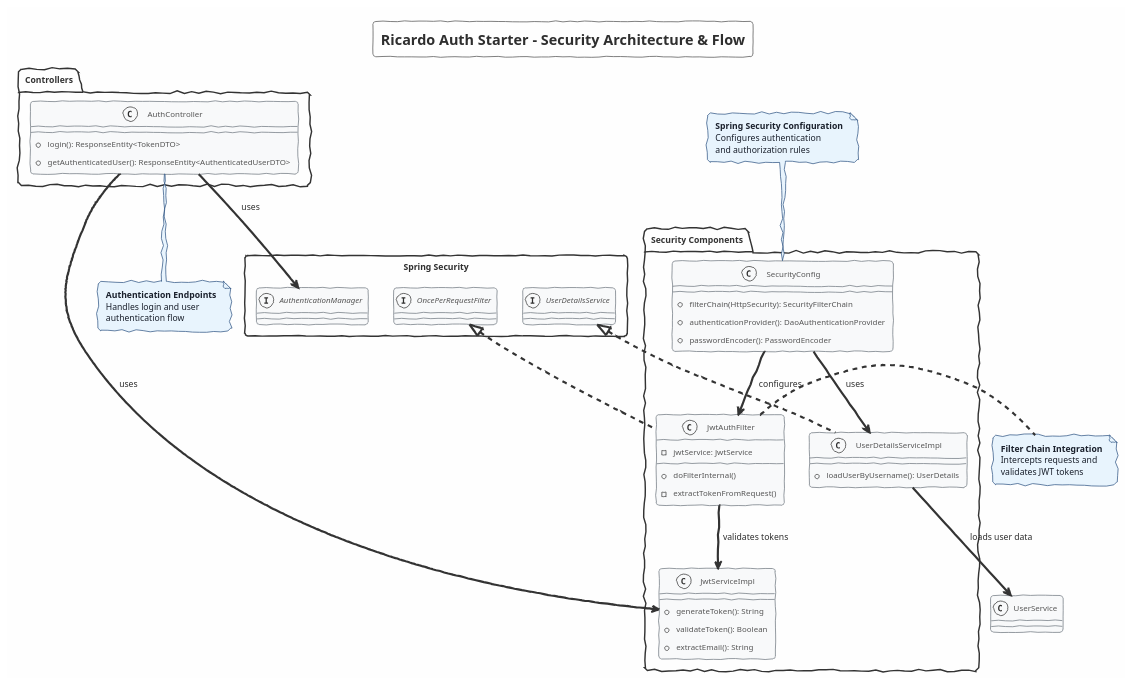
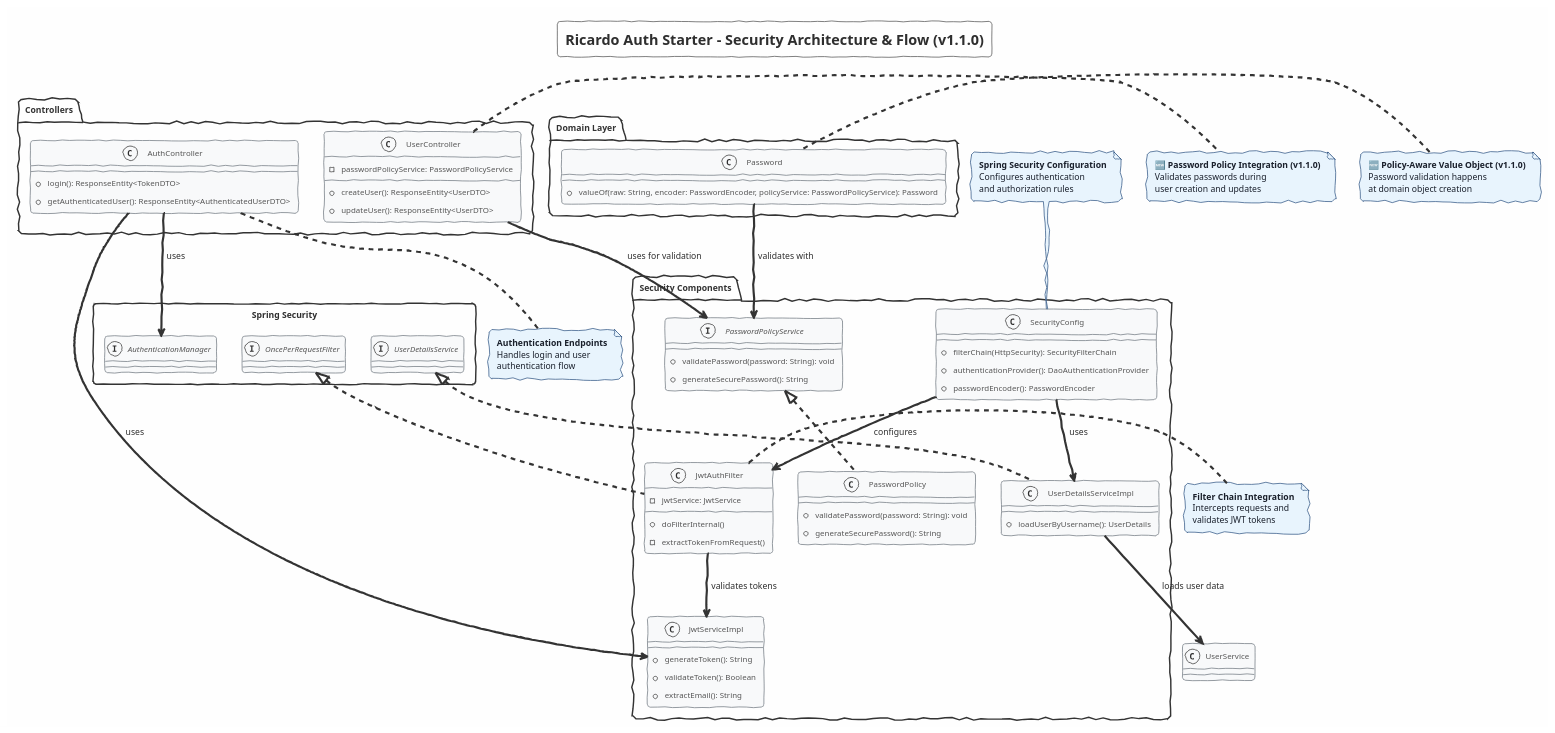
Before and after one commit to RicardoMorim/Auth-Provider: the diagram in docs/class-diagram/partial/security/security.puml, drawn with PlantUML. The commit also changed 8 other files, not shown here.

First line of the commit message:
Enhance service architecture diagram for Ricardo Auth Starter

```diff
--- a/docs/class-diagram/partial/security/security.puml
+++ b/docs/class-diagram/partial/security/security.puml
@@ -1,78 +1,119 @@
 @startuml Auth Starter - Security Flow
 
 !theme sketchy-outline
 skinparam backgroundColor #FEFEFE
 skinparam classBackgroundColor #F8F9FA
 skinparam classBorderColor #6C757D
 skinparam noteBackgroundColor #E8F4FD
 skinparam noteBorderColor #2C5282
 skinparam noteFontColor #1A202C
 
-title Ricardo Auth Starter - Security Architecture & Flow
+title Ricardo Auth Starter - Security Architecture & Flow (v1.1.0)
 
 package "Security Components" {
     class JwtAuthFilter {
         -jwtService: JwtService
         +doFilterInternal()
         -extractTokenFromRequest()
     }
     
     class SecurityConfig {
         +filterChain(HttpSecurity): SecurityFilterChain
         +authenticationProvider(): DaoAuthenticationProvider
         +passwordEncoder(): PasswordEncoder
     }
     
     class JwtServiceImpl {
         +generateToken(): String
         +validateToken(): Boolean
         +extractEmail(): String
     }
     
     class UserDetailsServiceImpl {
         +loadUserByUsername(): UserDetails
     }
+    
+    ' 🆕 ADD: Password Policy Service
+    interface PasswordPolicyService {
+        +validatePassword(password: String): void
+        +generateSecurePassword(): String
+    }
+    
+    class PasswordPolicy {
+        +validatePassword(password: String): void
+        +generateSecurePassword(): String
+    }
 }
 
 package "Controllers" {
     class AuthController {
         +login(): ResponseEntity<TokenDTO>
         +getAuthenticatedUser(): ResponseEntity<AuthenticatedUserDTO>
+    }
+    
+    ' 🆕 UPDATED: UserController now uses PasswordPolicyService
+    class UserController {
+        -passwordPolicyService: PasswordPolicyService
+        +createUser(): ResponseEntity<UserDTO>
+        +updateUser(): ResponseEntity<UserDTO>
+    }
+}
+
+package "Domain Layer" {
+    class Password {
+        +valueOf(raw: String, encoder: PasswordEncoder, policyService: PasswordPolicyService): Password
     }
 }
 
 package "Spring Security" <<Rectangle>> {
     interface OncePerRequestFilter
     interface UserDetailsService
     interface AuthenticationManager
 }
 
 ' Relationships
 JwtAuthFilter .up.|> OncePerRequestFilter
 UserDetailsServiceImpl .up.|> UserDetailsService
+PasswordPolicy .up.|> PasswordPolicyService
 SecurityConfig --> JwtAuthFilter : configures
 SecurityConfig --> UserDetailsServiceImpl : uses
 AuthController --> JwtServiceImpl : uses
 AuthController --> AuthenticationManager : uses
 JwtAuthFilter --> JwtServiceImpl : validates tokens
 UserDetailsServiceImpl --> UserService : loads user data
+
+' 🆕 NEW: Password Policy Integration
+UserController --> PasswordPolicyService : uses for validation
+Password --> PasswordPolicyService : validates with
 
 note right of JwtAuthFilter #E8F4FD
   **Filter Chain Integration**
   Intercepts requests and
   validates JWT tokens
 end note
 
 note top of SecurityConfig #E8F4FD
   **Spring Security Configuration**
   Configures authentication
   and authorization rules
 end note
 
 note bottom of AuthController #E8F4FD
   **Authentication Endpoints**
   Handles login and user
   authentication flow
 end note
 
+note right of UserController #E8F4FD
+  **🆕 Password Policy Integration (v1.1.0)**
+  Validates passwords during
+  user creation and updates
+end note
+
+note left of Password #E8F4FD
+  **🆕 Policy-Aware Value Object (v1.1.0)**
+  Password validation happens
+  at domain object creation
+end note
+
 @enduml
```
